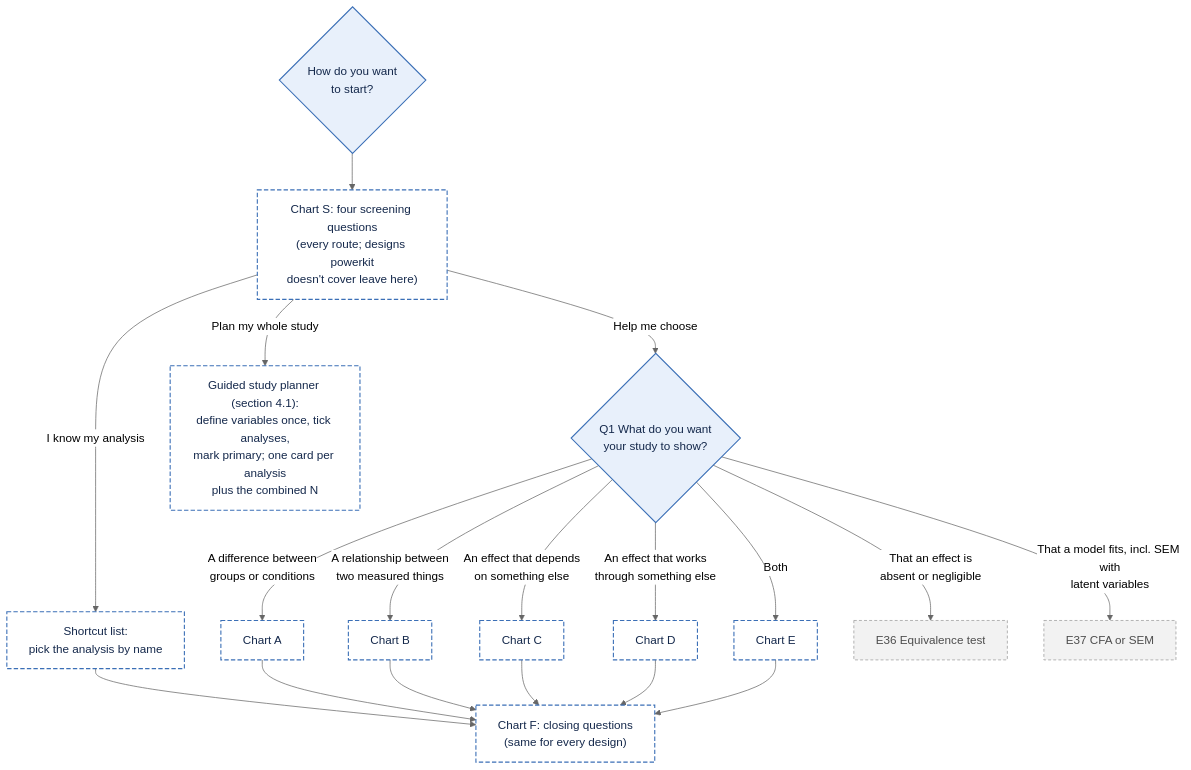
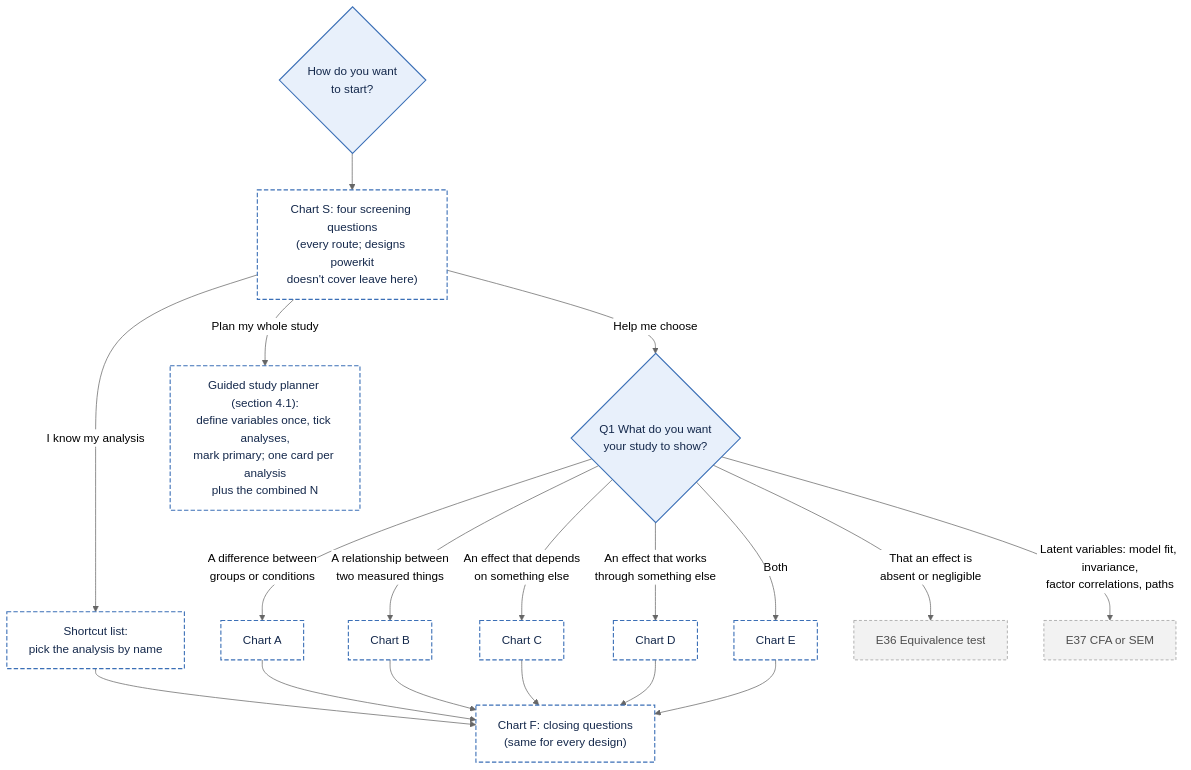
One commit to JoelThornton/Powerkit changed the second of 11 diagrams in docs/decision-tree.md. Above: the diagram before and after it, drawn with Mermaid (neutral theme). The commit also changed other lines of this file and 35 other files, not shown here.

````diff
--- a/docs/decision-tree.md
+++ b/docs/decision-tree.md
@@ -270,29 +270,29 @@
 ```mermaid
 flowchart TD
   S0{"How do you want<br/>to start?"}
   S0 --> SCR["Chart S: four screening questions<br/>(every route; designs powerkit<br/>doesn't cover leave here)"]
   SCR -->|I know my analysis| SC["Shortcut list:<br/>pick the analysis by name"]
   SCR -->|Help me choose| Q1{"Q1 What do you want<br/>your study to show?"}
   SCR -->|Plan my whole study| G["Guided study planner (section 4.1):<br/>define variables once, tick analyses,<br/>mark primary; one card per analysis<br/>plus the combined N"]
   Q1 -->|A difference between<br/>groups or conditions| A["Chart A"]
   Q1 -->|A relationship between<br/>two measured things| B["Chart B"]
   Q1 -->|An effect that depends<br/>on something else| C["Chart C"]
   Q1 -->|An effect that works<br/>through something else| D["Chart D"]
   Q1 -->|Both| E["Chart E"]
   Q1 -->|That an effect is<br/>absent or negligible| E36["E36 Equivalence test"]
-  Q1 -->|That a model fits, incl. SEM with<br/>latent variables| E37["E37 CFA or SEM"]
+  Q1 -->|Latent variables: model fit, invariance,<br/>factor correlations, paths| E37["E37 CFA or SEM"]
   SC --> F["Chart F: closing questions<br/>(same for every design)"]
   A --> F
   B --> F
   C --> F
   D --> F
   E --> F
   class S0,Q1 q
   class SC,SCR,A,B,C,D,E,F,G jump
   class E36,E37 later
   classDef q fill:#E8F0FB,stroke:#3B6FB6,color:#14284B,stroke-width:1.5px
   classDef avail fill:#DDF2E3,stroke:#2E7D4F,color:#123D24,stroke-width:1.5px
   classDef spec fill:#FFF0D1,stroke:#B97A00,color:#4A3200,stroke-width:1.5px
   classDef later fill:#F2F2F2,stroke:#9A9A9A,color:#4D4D4D,stroke-width:1px,stroke-dasharray:4 3
   classDef jump fill:#FFFFFF,stroke:#3B6FB6,color:#14284B,stroke-width:1.5px,stroke-dasharray:6 3
 ```
````
